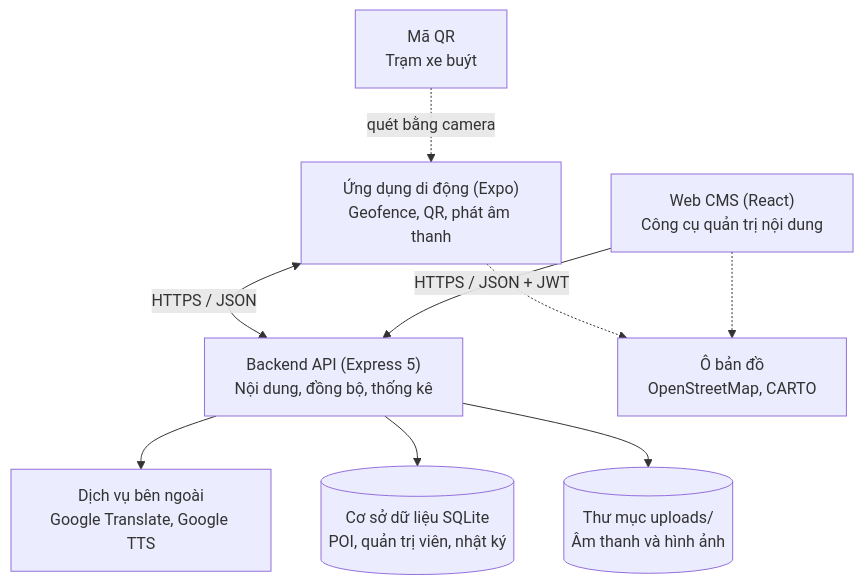
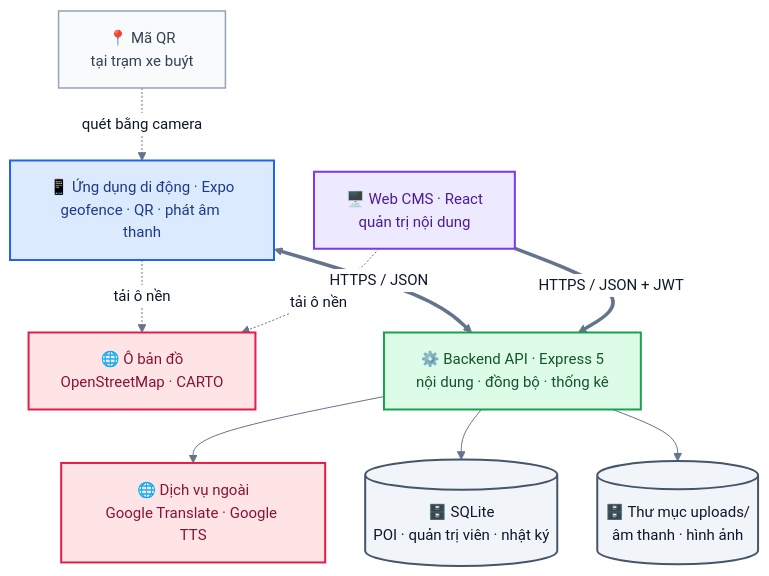
The first of 28 diagrams in docs/02-design.md (AiraLeFatale/CongNghePhanMem_Project), drawn with Mermaid before and after one commit. The commit also changed other lines of this file and 181 other files, not shown here.

First line of the commit message:
Thêm sơ đồ trực quan cho mọi mục tài liệu, thống nhất bộ màu

````diff
--- a/docs/02-design.md
+++ b/docs/02-design.md
@@ -16,20 +16,27 @@
 ```mermaid
+%%{init: {"theme":"base","fontFamily":"Helvetica Neue, Arial, sans-serif","themeVariables":{"fontFamily":"Helvetica Neue, Arial, sans-serif","fontSize":"15px","primaryColor":"#EFF6FF","primaryBorderColor":"#3B82F6","primaryTextColor":"#0F172A","lineColor":"#64748B","secondaryColor":"#F0FDF4","tertiaryColor":"#FFFFFF","clusterBkg":"#F8FAFC","clusterBorder":"#CBD5E1","edgeLabelBackground":"#FFFFFF","noteBkgColor":"#FEF9C3","noteBorderColor":"#EAB308","actorBkg":"#DBEAFE","actorBorder":"#2563EB","actorTextColor":"#1E3A8A","signalColor":"#475569","signalTextColor":"#0F172A","labelBoxBkgColor":"#F1F5F9","labelBoxBorderColor":"#94A3B8","activationBkgColor":"#E0F2FE","activationBorderColor":"#0284C7","sequenceNumberColor":"#FFFFFF","pie1":"#16A34A","pie2":"#F59E0B","pie3":"#94A3B8","pie4":"#DC2626","pie5":"#2563EB","pie6":"#7C3AED","pieStrokeColor":"#FFFFFF","pieSectionTextColor":"#FFFFFF","quadrant1Fill":"#FEE2E2","quadrant2Fill":"#FEF3C7","quadrant3Fill":"#DCFCE7","quadrant4Fill":"#FEF3C7","quadrantPointFill":"#1E3A8A","quadrantPointTextFill":"#0F172A","git0":"#1E3A8A","gitBranchLabel0":"#FFFFFF","cScale0":"#DBEAFE","cScale1":"#DCFCE7","cScale2":"#EDE9FE","cScale3":"#FEF3C7","cScale4":"#FFE4E6","cScale5":"#E0F2FE","cScale6":"#F1F5F9"},"flowchart":{"curve":"basis","padding":16,"nodeSpacing":40,"rankSpacing":50},"sequence":{"showSequenceNumbers":true,"mirrorActors":false}}}%%
 flowchart TB
-    QR["Mã QR<br/>Trạm xe buýt"]
-    MOBILE["Ứng dụng di động (Expo)<br/>Geofence, QR, phát âm thanh"]
-    CMS["Web CMS (React)<br/>Công cụ quản trị nội dung"]
-    BACKEND["Backend API (Express 5)<br/>Nội dung, đồng bộ, thống kê"]
-    EXT["Dịch vụ bên ngoài<br/>Google Translate, Google TTS"]
-    DB[("Cơ sở dữ liệu SQLite<br/>POI, quản trị viên, nhật ký")]
-    FS[("Thư mục uploads/<br/>Âm thanh và hình ảnh")]
-    TILES["Ô bản đồ<br/>OpenStreetMap, CARTO"]
+    QR["📍 Mã QR<br/>tại trạm xe buýt"]:::neutral
+    CMS["🖥️ Web CMS · React<br/>quản trị nội dung"]:::cms
+    MOBILE["📱 Ứng dụng di động · Expo<br/>geofence · QR · phát âm thanh"]:::mobile
+    TILES["🌐 Ô bản đồ<br/>OpenStreetMap · CARTO"]:::ext
+    BACKEND["⚙️ Backend API · Express 5<br/>nội dung · đồng bộ · thống kê"]:::backend
+    EXT["🌐 Dịch vụ ngoài<br/>Google Translate · Google TTS"]:::ext
+    DB[("🗄️ SQLite<br/>POI · quản trị viên · nhật ký")]:::data
+    FS[("🗄️ Thư mục uploads/<br/>âm thanh · hình ảnh")]:::data
 
     QR -. "quét bằng camera" .-> MOBILE
-    MOBILE -.-> TILES
-    CMS -.-> TILES
-    MOBILE <-->|"HTTPS / JSON"| BACKEND
-    CMS -->|"HTTPS / JSON + JWT"| BACKEND
+    MOBILE <== "HTTPS / JSON" ==> BACKEND
+    CMS == "HTTPS / JSON + JWT" ==> BACKEND
+    MOBILE -. "tải ô nền" .-> TILES
+    CMS -. "tải ô nền" .-> TILES
     BACKEND --> EXT
     BACKEND --> DB
     BACKEND --> FS
+    classDef mobile fill:#DBEAFE,stroke:#2563EB,stroke-width:2px,color:#1E3A8A
+    classDef cms fill:#EDE9FE,stroke:#7C3AED,stroke-width:2px,color:#4C1D95
+    classDef backend fill:#DCFCE7,stroke:#16A34A,stroke-width:2px,color:#14532D
+    classDef ext fill:#FFE4E6,stroke:#E11D48,stroke-width:2px,color:#881337
+    classDef data fill:#F1F5F9,stroke:#475569,stroke-width:2px,color:#0F172A
+    classDef neutral fill:#F8FAFC,stroke:#94A3B8,stroke-width:1.5px,color:#334155
 ```
````
